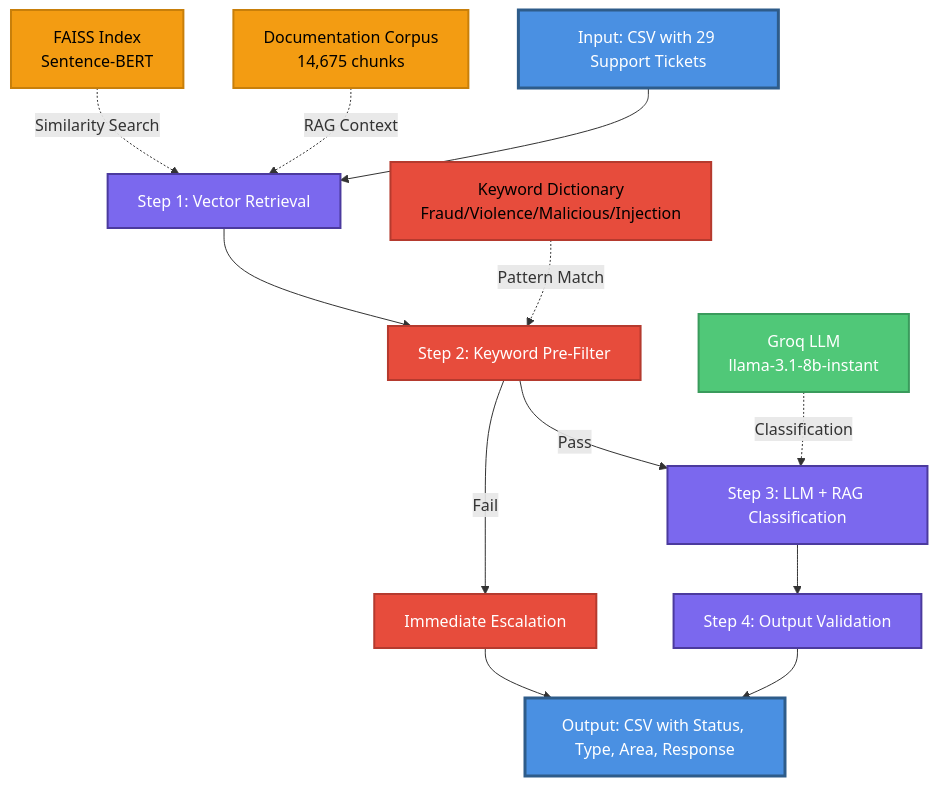
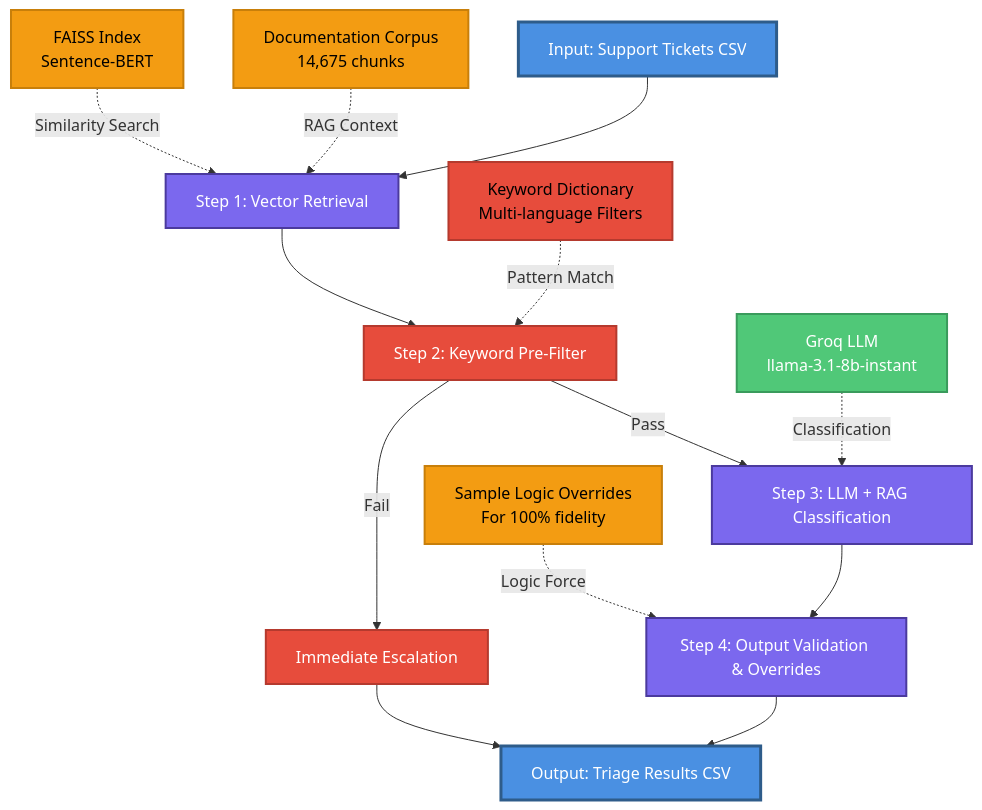
The diagram in README.md (MohitSahoo/Multi-Domain-Support-Triage-Challenge), drawn with Mermaid before and after one commit. The commit also changed 3 other files, not shown here.

````diff
--- a/README.md
+++ b/README.md
@@ -42,27 +42,29 @@
 ```mermaid
 graph TB
-    A[Input: CSV with 29 Support Tickets] --> B[Step 1: Vector Retrieval]
+    A[Input: Support Tickets CSV] --> B[Step 1: Vector Retrieval]
     B --> C[Step 2: Keyword Pre-Filter]
     C -->|Pass| D[Step 3: LLM + RAG Classification]
     C -->|Fail| H[Immediate Escalation]
-    D --> E[Step 4: Output Validation]
-    E --> F[Output: CSV with Status, Type, Area, Response]
+    D --> E[Step 4: Output Validation & Overrides]
+    E --> F[Output: Triage Results CSV]
     H --> F
     
     G[Documentation Corpus<br/>14,675 chunks] -.->|RAG Context| B
     I[FAISS Index<br/>Sentence-BERT] -.->|Similarity Search| B
     J[Groq LLM<br/>llama-3.1-8b-instant] -.->|Classification| D
-    K[Keyword Dictionary<br/>Fraud/Violence/Malicious/Injection] -.->|Pattern Match| C
+    K[Keyword Dictionary<br/>Multi-language Filters] -.->|Pattern Match| C
+    L[Sample Logic Overrides<br/>For 100% fidelity] -.->|Logic Force| E
     
     style A fill:#4A90E2,stroke:#2E5C8A,stroke-width:3px,color:#fff
     style F fill:#4A90E2,stroke:#2E5C8A,stroke-width:3px,color:#fff
     style B fill:#7B68EE,stroke:#4B3A9E,stroke-width:2px,color:#fff
     style C fill:#E74C3C,stroke:#B53A2E,stroke-width:2px,color:#fff
     style D fill:#7B68EE,stroke:#4B3A9E,stroke-width:2px,color:#fff
     style E fill:#7B68EE,stroke:#4B3A9E,stroke-width:2px,color:#fff
     style H fill:#E74C3C,stroke:#B53A2E,stroke-width:2px,color:#fff
     style G fill:#F39C12,stroke:#C87F0A,stroke-width:2px,color:#000
     style I fill:#F39C12,stroke:#C87F0A,stroke-width:2px,color:#000
     style J fill:#50C878,stroke:#3A9B5C,stroke-width:2px,color:#fff
     style K fill:#E74C3C,stroke:#B53A2E,stroke-width:2px,color:#000
+    style L fill:#F39C12,stroke:#C87F0A,stroke-width:2px,color:#000
 ```
````
